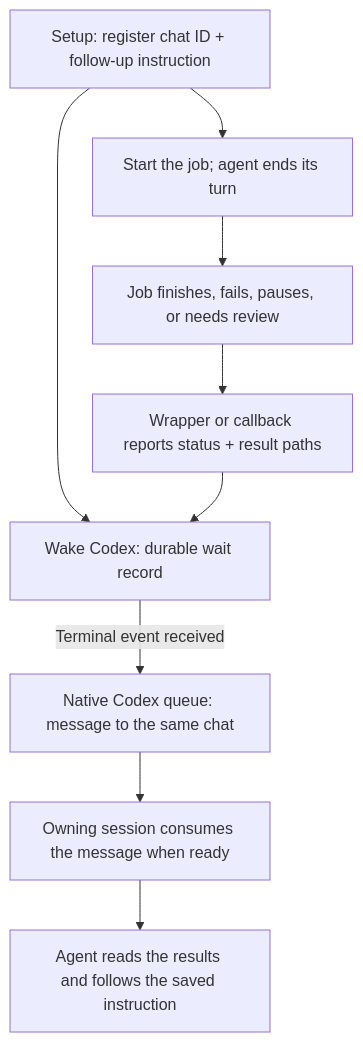
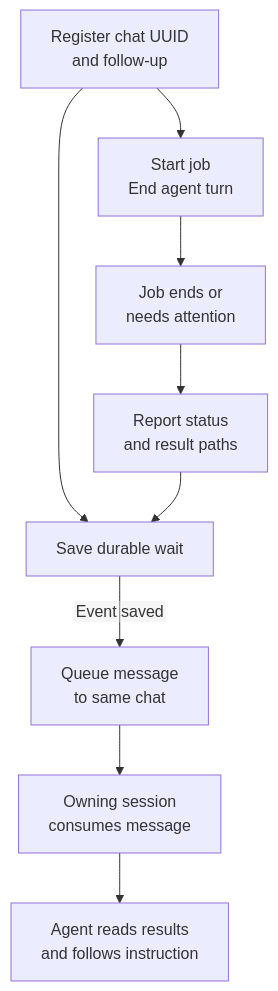
The diagram in README.md (rotcev/wake-codex), drawn with Mermaid before and after one commit.

Commit message:
Prevent README diagram label clipping

````diff
--- a/README.md
+++ b/README.md
@@ -58,11 +58,12 @@
 ```mermaid
+%%{init: {"flowchart": {"htmlLabels": false}}}%%
 flowchart TD
-    A["Setup: register chat ID + follow-up instruction"] --> B["Wake Codex: durable wait record"]
-    A --> C["Start the job; agent ends its turn"]
-    C --> D["Job finishes, fails, pauses, or needs review"]
-    D --> E["Wrapper or callback reports status + result paths"]
+    A["Register chat UUID<br/>and follow-up"] --> B["Save durable wait"]
+    A --> C["Start job<br/>End agent turn"]
+    C --> D["Job ends or<br/>needs attention"]
+    D --> E["Report status<br/>and result paths"]
     E --> B
-    B -->|"Terminal event received"| F["Native Codex queue: message to the same chat"]
-    F --> G["Owning session consumes the message when ready"]
-    G --> H["Agent reads the results and follows the saved instruction"]
+    B -->|"Event saved"| F["Queue message<br/>to same chat"]
+    F --> G["Owning session<br/>consumes message"]
+    G --> H["Agent reads results<br/>and follows instruction"]
 ```
````
